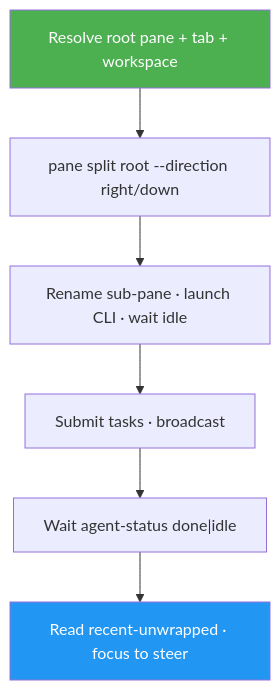
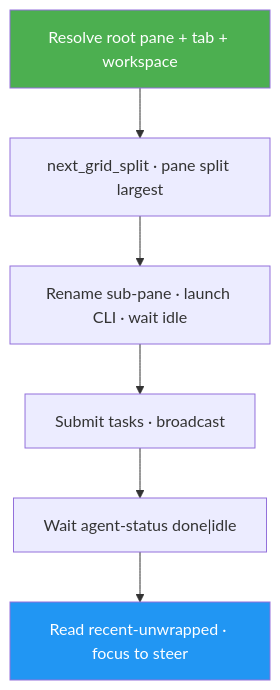
The diagram in skills/herdr-agent-comms/docs/README.md (belinwu/luongnv89-skills), drawn with Mermaid before and after one commit. The commit also changed other lines of this file and 7 other files, not shown here.

````diff
--- a/skills/herdr-agent-comms/docs/README.md
+++ b/skills/herdr-agent-comms/docs/README.md
@@ -32,10 +32,10 @@
 ```mermaid
 graph TD
-    A["Resolve root pane + tab + workspace"] --> B["pane split root --direction right/down"]
+    A["Resolve root pane + tab + workspace"] --> B["next_grid_split · pane split largest"]
     B --> C["Rename sub-pane · launch CLI · wait idle"]
     C --> D["Submit tasks · broadcast"]
     D --> E["Wait agent-status done|idle"]
     E --> F["Read recent-unwrapped · focus to steer"]
     style A fill:#4CAF50,color:#fff
     style F fill:#2196F3,color:#fff
 ```
````
